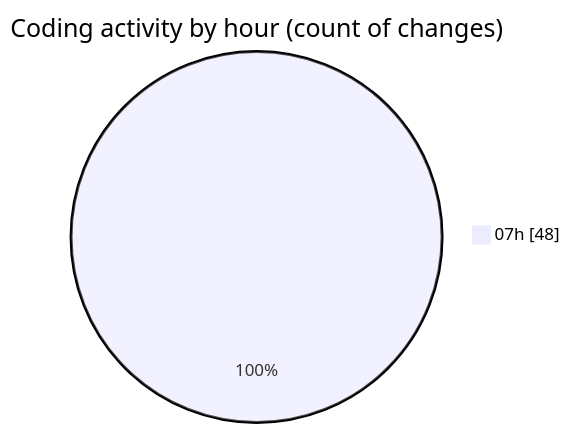
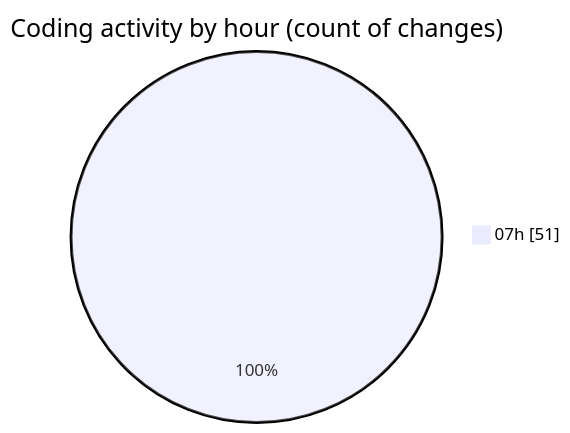
Before and after one commit to robertbonfada/code-tracking: the second of 2 diagrams in 2025-01-17/mbc-web/README.md, drawn with Mermaid. The commit also changed other lines of this file and 1 other file, not shown here.

````diff
--- a/2025-01-17/mbc-web/README.md
+++ b/2025-01-17/mbc-web/README.md
@@ -41,5 +41,5 @@
 ```mermaid
 pie showData
 title Coding activity by hour (count of changes)
-"07h" : 48
+"07h" : 51
 ```
````
